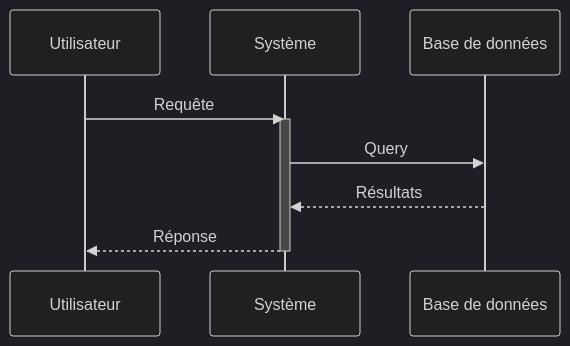
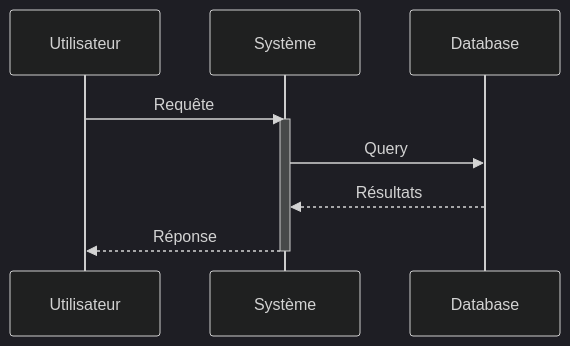
One commit to julien-riel/research-and-presentation-team changed the second of 17 diagrams in .claude/skills/diagram-generator/SKILL.md. Above: the diagram before and after it, drawn with Mermaid (dark theme). The commit also changed other lines of this file and 60 other files, not shown here.

````diff
--- a/.claude/skills/diagram-generator/SKILL.md
+++ b/.claude/skills/diagram-generator/SKILL.md
@@ -100,13 +229,13 @@
 ```mermaid
 sequenceDiagram
     participant U as Utilisateur
     participant S as Système
-    participant DB as Base de données
+    participant DB as Database
 
     U->>S: Requête
     activate S
     S->>DB: Query
     DB-->>S: Résultats
     S-->>U: Réponse
     deactivate S
 ```
````
